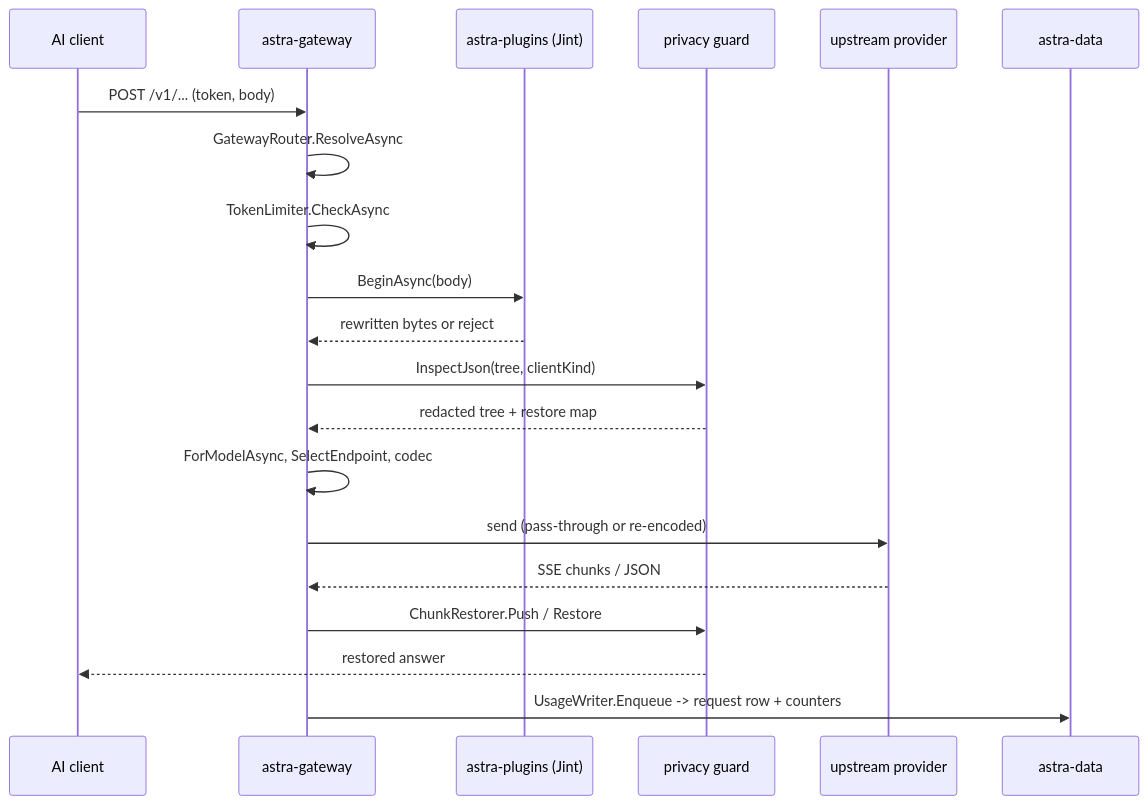
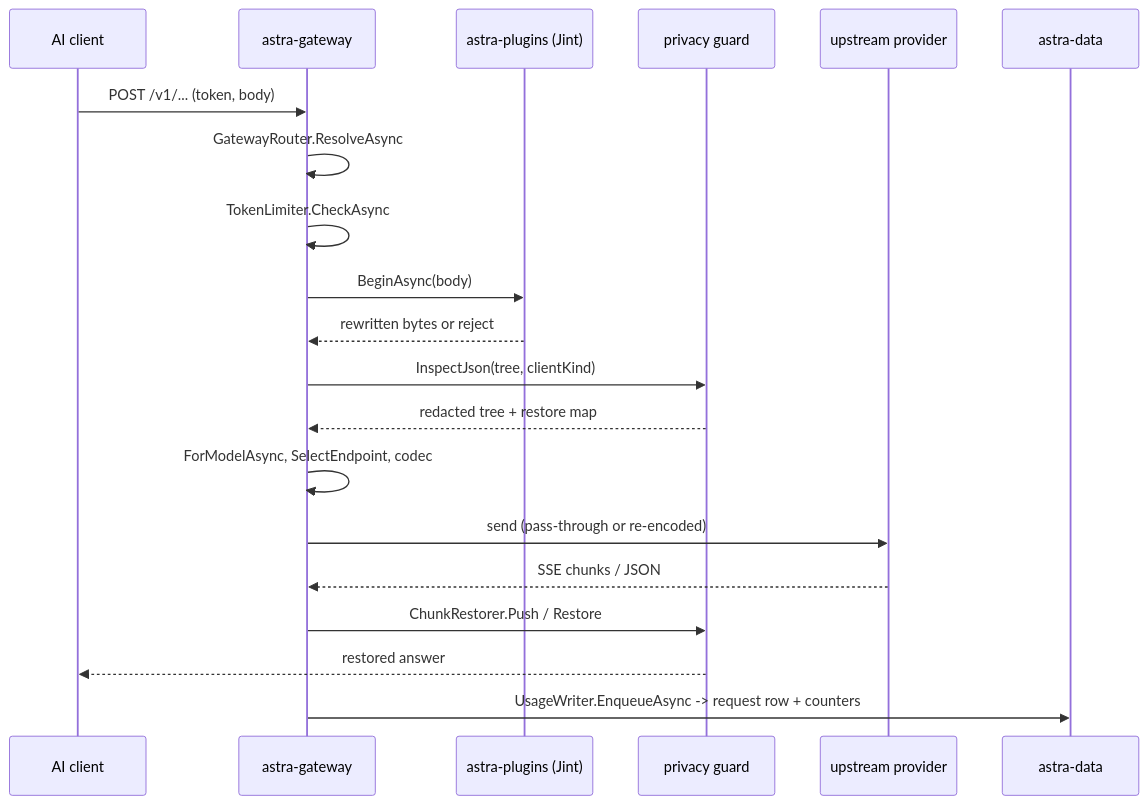
One commit to 239573049/Astra-Gate changed the diagram in .agents/codemap/flows/gateway-request.md. Above: the diagram before and after it, drawn with Mermaid. The commit also changed other lines of this file and 43 other files, not shown here.

````diff
--- a/.agents/codemap/flows/gateway-request.md
+++ b/.agents/codemap/flows/gateway-request.md
@@ -97,22 +102,22 @@
 ```mermaid
 sequenceDiagram
   participant C as AI client
   participant P as astra-gateway
   participant MW as astra-plugins (Jint)
   participant PR as privacy guard
   participant U as upstream provider
   participant D as astra-data
   C->>P: POST /v1/... (token, body)
   P->>P: GatewayRouter.ResolveAsync
   P->>P: TokenLimiter.CheckAsync
   P->>MW: BeginAsync(body)
   MW-->>P: rewritten bytes or reject
   P->>PR: InspectJson(tree, clientKind)
   PR-->>P: redacted tree + restore map
   P->>P: ForModelAsync, SelectEndpoint, codec
   P->>U: send (pass-through or re-encoded)
   U-->>P: SSE chunks / JSON
   P->>PR: ChunkRestorer.Push / Restore
   PR-->>C: restored answer
-  P->>D: UsageWriter.Enqueue -> request row + counters
+  P->>D: UsageWriter.EnqueueAsync -> request row + counters
 ```
````
